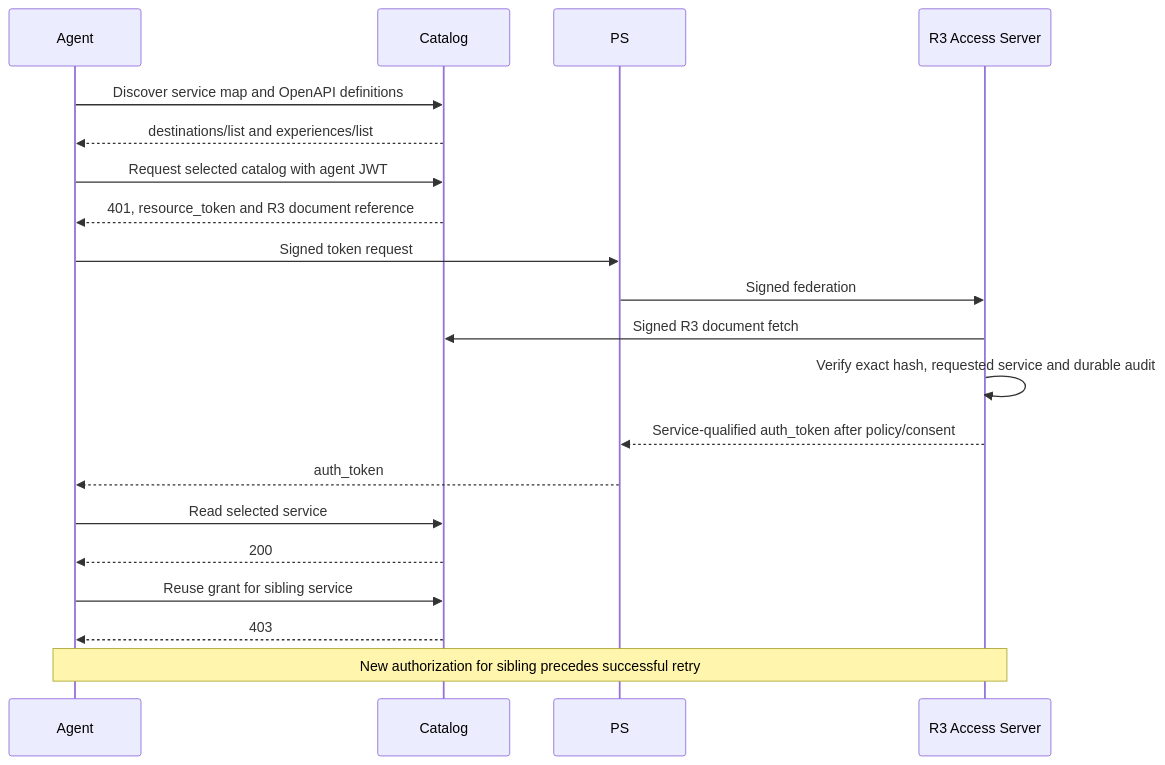
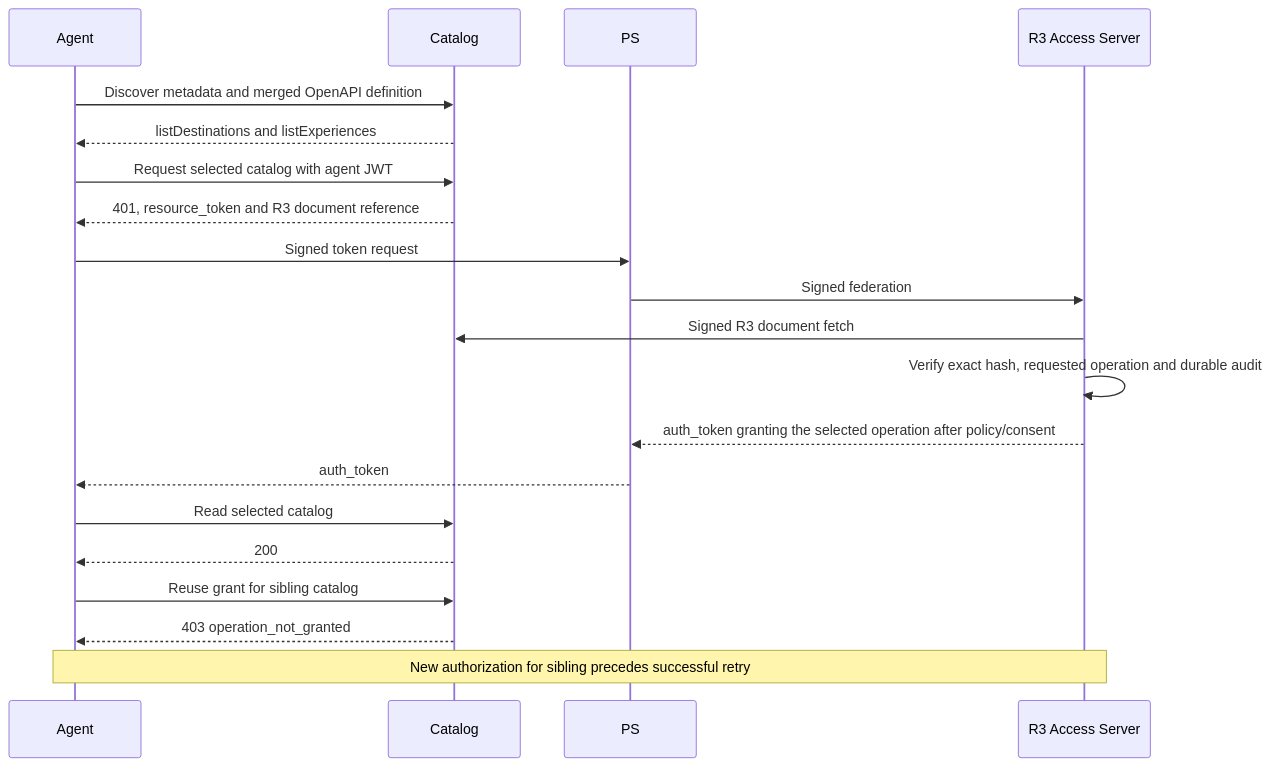
The diagram in docs/workflows/catalog-gateway.md (aauth-dev/dotnet-samples), drawn with Mermaid before and after one commit. The commit also changed other lines of this file and 26 other files, not shown here.

First line of the commit message:
feat(r3)!: remove the OpenAPI Gateway vocabulary; Catalog uses one merged definition

````diff
--- a/docs/workflows/catalog-gateway.md
+++ b/docs/workflows/catalog-gateway.md
@@ -27,22 +33,22 @@
 ```mermaid
 sequenceDiagram
     participant Agent
     participant Catalog
     participant PS
     participant AS as R3 Access Server
-    Agent->>Catalog: Discover service map and OpenAPI definitions
-    Catalog-->>Agent: destinations/list and experiences/list
+    Agent->>Catalog: Discover metadata and merged OpenAPI definition
+    Catalog-->>Agent: listDestinations and listExperiences
     Agent->>Catalog: Request selected catalog with agent JWT
     Catalog-->>Agent: 401, resource_token and R3 document reference
     Agent->>PS: Signed token request
     PS->>AS: Signed federation
     AS->>Catalog: Signed R3 document fetch
-    AS->>AS: Verify exact hash, requested service and durable audit
-    AS-->>PS: Service-qualified auth_token after policy/consent
+    AS->>AS: Verify exact hash, requested operation and durable audit
+    AS-->>PS: auth_token granting the selected operation after policy/consent
     PS-->>Agent: auth_token
-    Agent->>Catalog: Read selected service
+    Agent->>Catalog: Read selected catalog
     Catalog-->>Agent: 200
-    Agent->>Catalog: Reuse grant for sibling service
-    Catalog-->>Agent: 403
+    Agent->>Catalog: Reuse grant for sibling catalog
+    Catalog-->>Agent: 403 operation_not_granted
     Note over Agent,AS: New authorization for sibling precedes successful retry
 ```
````
